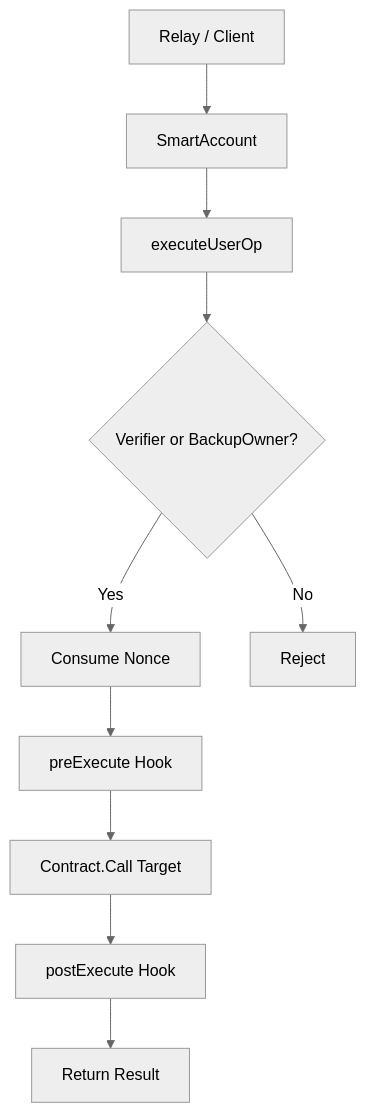
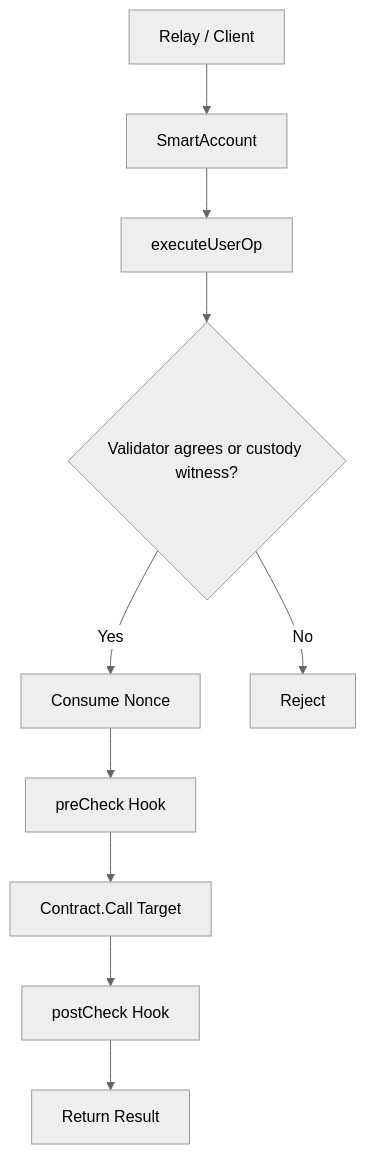
One commit to r3e-network/neo-os-aa changed the second of 3 diagrams in docs/ETHEREUM_AA_COMPARISON.zh-CN.md. Above: the diagram before and after it, drawn with Mermaid (neutral theme). The commit also changed other lines of this file and 425 other files, not shown here.

````diff
--- a/docs/ETHEREUM_AA_COMPARISON.zh-CN.md
+++ b/docs/ETHEREUM_AA_COMPARISON.zh-CN.md
@@ -100,12 +100,12 @@
 ```mermaid
 flowchart TD
     Relay[Relay / Client] --> Core[SmartAccount]
     Core --> Execute[executeUserOp]
-    Execute --> Auth{Verifier or BackupOwner?}
+    Execute --> Auth{Validator agrees or custody witness?}
     Auth -- Yes --> Nonce[Consume Nonce]
-    Nonce --> Pre[preExecute Hook]
+    Nonce --> Pre[preCheck Hook]
     Pre --> Call[Contract.Call Target]
-    Call --> Post[postExecute Hook]
+    Call --> Post[postCheck Hook]
     Post --> Return[Return Result]
     Auth -- No --> Reject[Reject]
 ```
````
